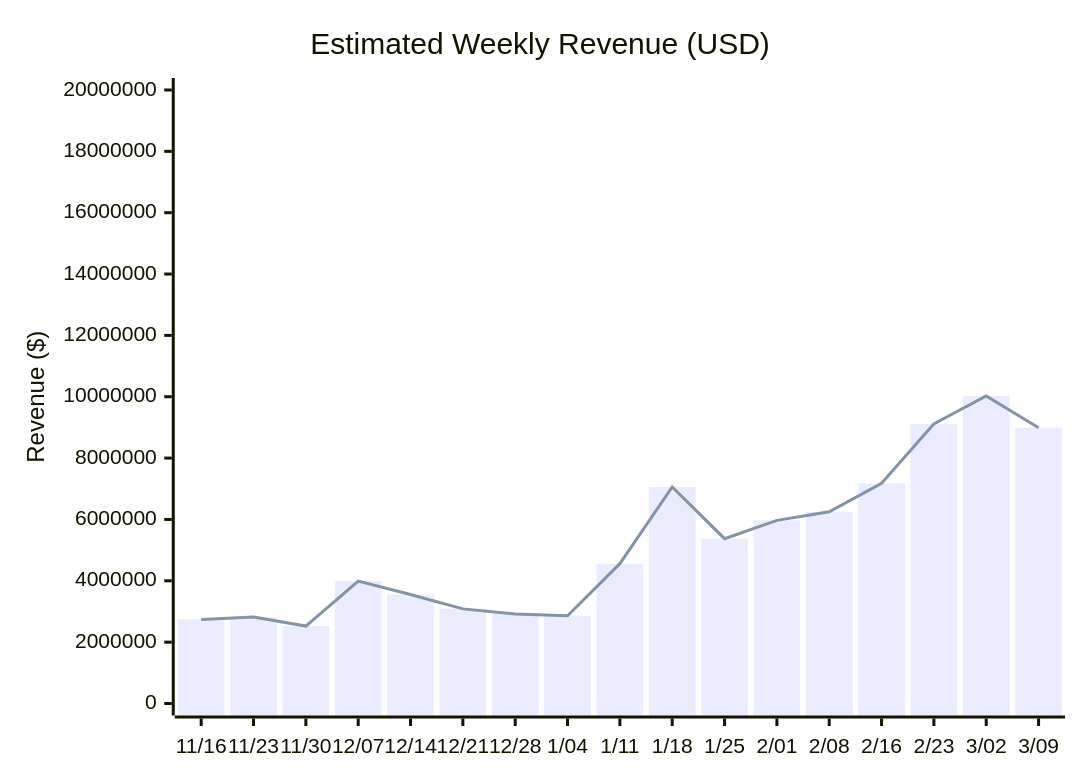
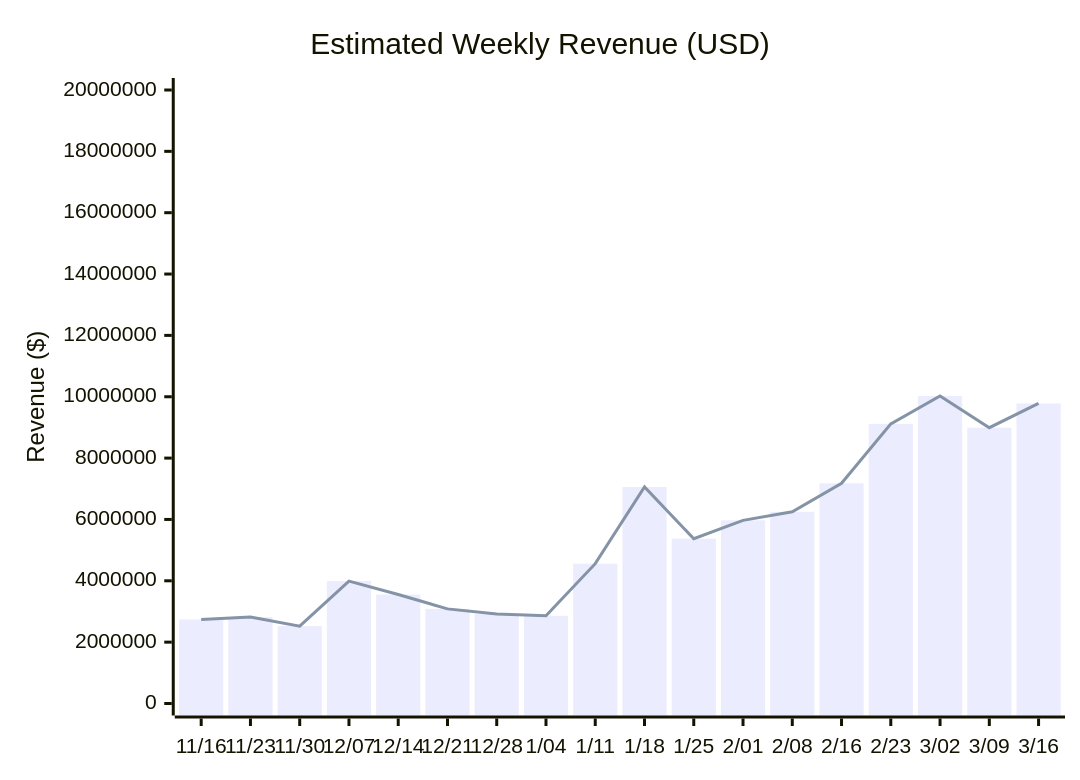
One commit to johnbean393/openrouter-inference-stats changed the first of 4 diagrams in README.md. Above: the diagram before and after it, drawn with Mermaid. The commit also changed other lines of this file and 1 other file, not shown here.

````diff
--- a/README.md
+++ b/README.md
@@ -17,8 +17,8 @@
 ```mermaid
 xychart-beta
     title "Estimated Weekly Revenue (USD)"
-    x-axis ["11/16", "11/23", "11/30", "12/07", "12/14", "12/21", "12/28", "1/04", "1/11", "1/18", "1/25", "2/01", "2/08", "2/16", "2/23", "3/02", "3/09"]
+    x-axis ["11/16", "11/23", "11/30", "12/07", "12/14", "12/21", "12/28", "1/04", "1/11", "1/18", "1/25", "2/01", "2/08", "2/16", "2/23", "3/02", "3/09", "3/16"]
     y-axis "Revenue ($)" 0 --> 20000000
-    bar [2740620.94, 2816925.48, 2523142.13, 3991396.39, 3551394.6, 3084659.53, 2918272.88, 2862056.98, 4558077.75, 7057753.91, 5373700.56, 5970586.37, 6247827.58, 7177565.34, 9116055.43, 10024024.86, 8991833.66]
-    line [2740620.94, 2816925.48, 2523142.13, 3991396.39, 3551394.6, 3084659.53, 2918272.88, 2862056.98, 4558077.75, 7057753.91, 5373700.56, 5970586.37, 6247827.58, 7177565.34, 9116055.43, 10024024.86, 8991833.66]
+    bar [2740620.94, 2816925.48, 2523142.13, 3991396.39, 3551394.6, 3084659.53, 2918272.88, 2862056.98, 4558077.75, 7057753.91, 5373700.56, 5970586.37, 6247827.58, 7177565.34, 9116055.43, 10024024.86, 8991833.66, 9781034.43]
+    line [2740620.94, 2816925.48, 2523142.13, 3991396.39, 3551394.6, 3084659.53, 2918272.88, 2862056.98, 4558077.75, 7057753.91, 5373700.56, 5970586.37, 6247827.58, 7177565.34, 9116055.43, 10024024.86, 8991833.66, 9781034.43]
 ```
````
